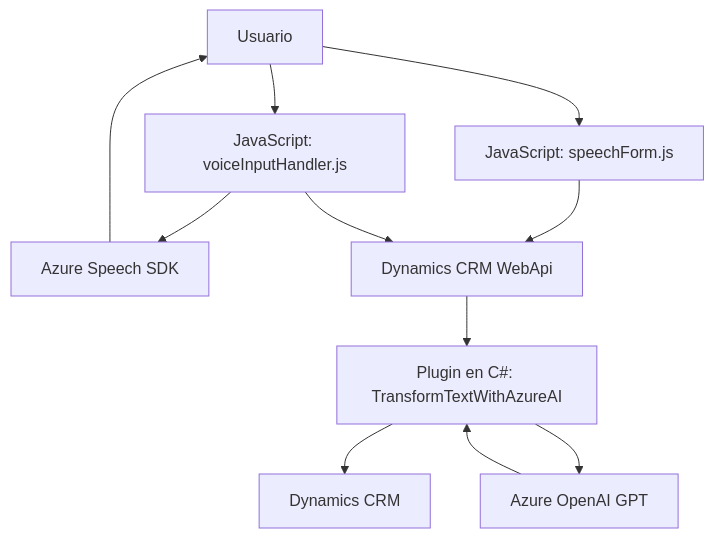
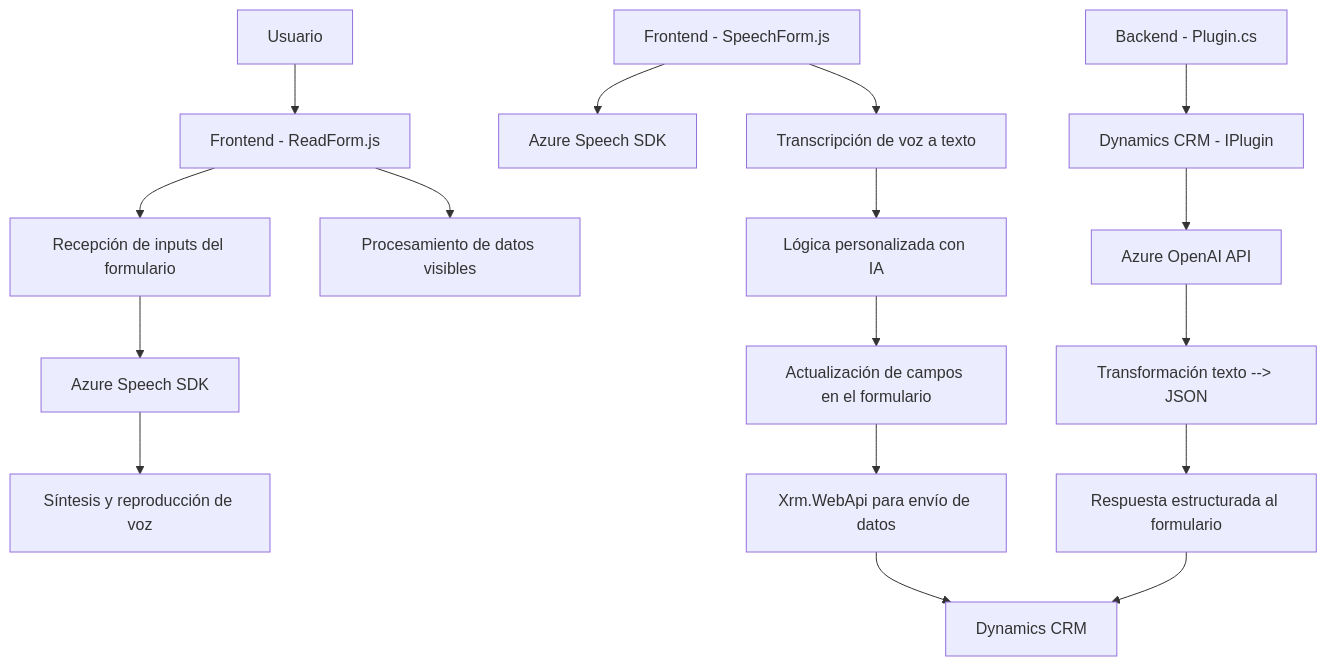
Before and after one commit to blopezdm/NETCORE_BILBAO2025: the diagram in README.md, drawn with Mermaid. The commit also changed other lines of this file, not shown here.

Commit message:
Actualizar análisis global de la solución con IA

````diff
--- a/README.md
+++ b/README.md
@@ -38,22 +44,23 @@
 ```mermaid
 graph TD
-    A["Usuario"]
-    B["JavaScript: voiceInputHandler.js"]
-    C["JavaScript: speechForm.js"]
-    D["Azure Speech SDK"]
-    E["Dynamics CRM WebApi"]
-    F["Plugin en C#: TransformTextWithAzureAI"]
-    G["Dynamics CRM"]
-    H["Azure OpenAI GPT"]
+    A["Usuario"] --> B["Frontend - ReadForm.js"]
+    B --> C["Recepción de inputs del formulario"]
+    C --> D["Azure Speech SDK"]
+    D --> E["Síntesis y reproducción de voz"]
+    B --> F["Procesamiento de datos visibles"]
 
-    A --> B
-    A --> C
-    B --> D
-    C --> E
-    B --> E
-    E --> F
-    F --> G
-    F --> H
-    H --> F
-    D --> A
+    G["Frontend - SpeechForm.js"] --> H["Azure Speech SDK"]
+    G --> I["Transcripción de voz a texto"]
+    I --> J["Lógica personalizada con IA"]
+
+    J --> K["Actualización de campos en el formulario"]
+    K --> L["Xrm.WebApi para envío de datos"]
+
+    M["Backend - Plugin.cs"] --> N["Dynamics CRM - IPlugin"]
+    N --> O["Azure OpenAI API"]
+    O --> P["Transformación texto --> JSON"]
+    P --> Q["Respuesta estructurada al formulario"]
+
+    L --> R["Dynamics CRM"]
+    Q --> R
 ```
````
